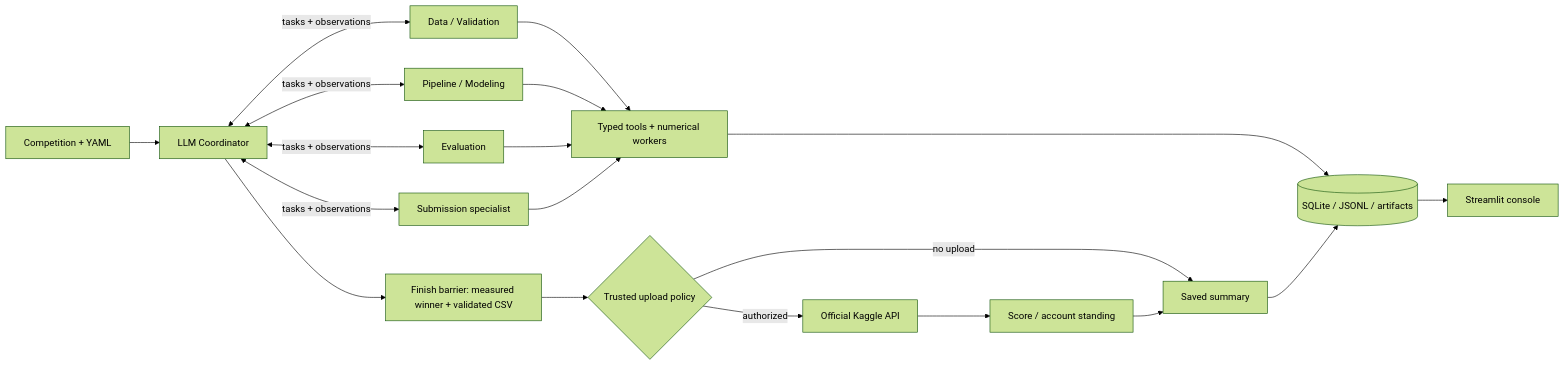
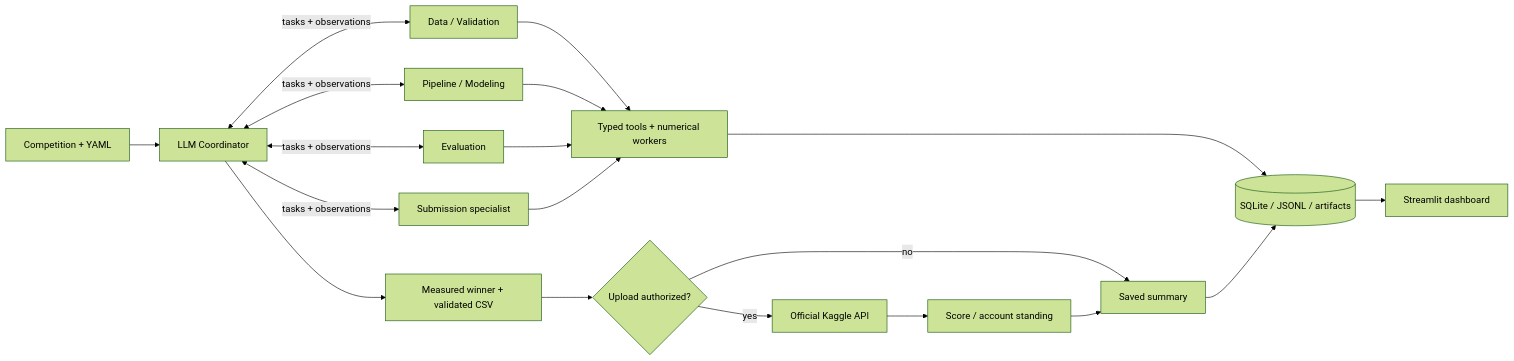
One commit to ViniSegalla/Kaggle-Slayer changed the diagram in README.md. Above: the diagram before and after it, drawn with Mermaid (forest theme). The commit also changed other lines of this file and 9 other files, not shown here.

````diff
--- a/README.md
+++ b/README.md
@@ -49,21 +30,21 @@
 ```mermaid
 flowchart LR
     Input[Competition + YAML] --> Coordinator[LLM Coordinator]
     Coordinator <-->|tasks + observations| Data[Data / Validation]
     Coordinator <-->|tasks + observations| Modeler[Pipeline / Modeling]
     Coordinator <-->|tasks + observations| Evaluator[Evaluation]
     Coordinator <-->|tasks + observations| Submission[Submission specialist]
     Data --> Tools[Typed tools + numerical workers]
     Modeler --> Tools
     Evaluator --> Tools
     Submission --> Tools
     Tools --> Store[(SQLite / JSONL / artifacts)]
-    Coordinator --> Finish[Finish barrier: measured winner + validated CSV]
-    Finish --> Policy{Trusted upload policy}
-    Policy -->|authorized| Kaggle[Official Kaggle API]
-    Policy -->|no upload| Summary[Saved summary]
+    Coordinator --> Finish[Measured winner + validated CSV]
+    Finish --> Policy{Upload authorized?}
+    Policy -->|yes| Kaggle[Official Kaggle API]
+    Policy -->|no| Summary[Saved summary]
     Kaggle --> Feedback[Score / account standing]
     Feedback --> Summary
     Summary --> Store
-    Store --> Dashboard[Streamlit console]
+    Store --> Dashboard[Streamlit dashboard]
 ```
````
